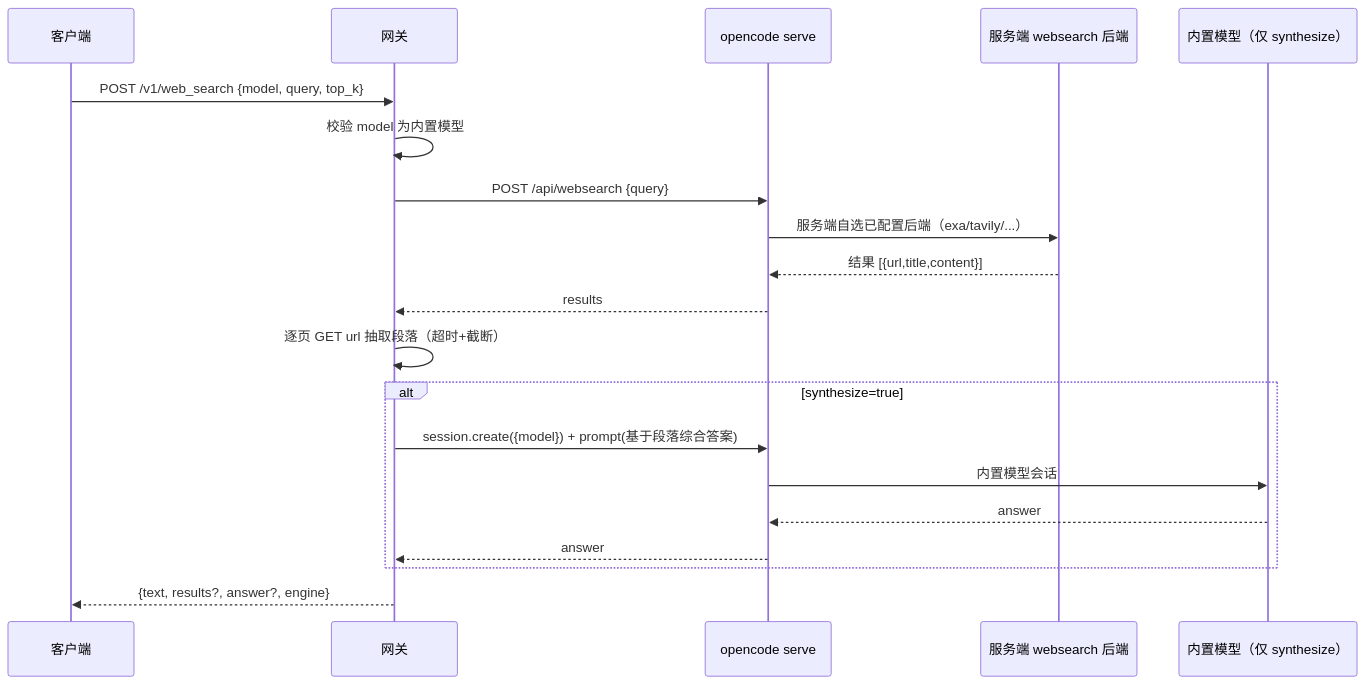
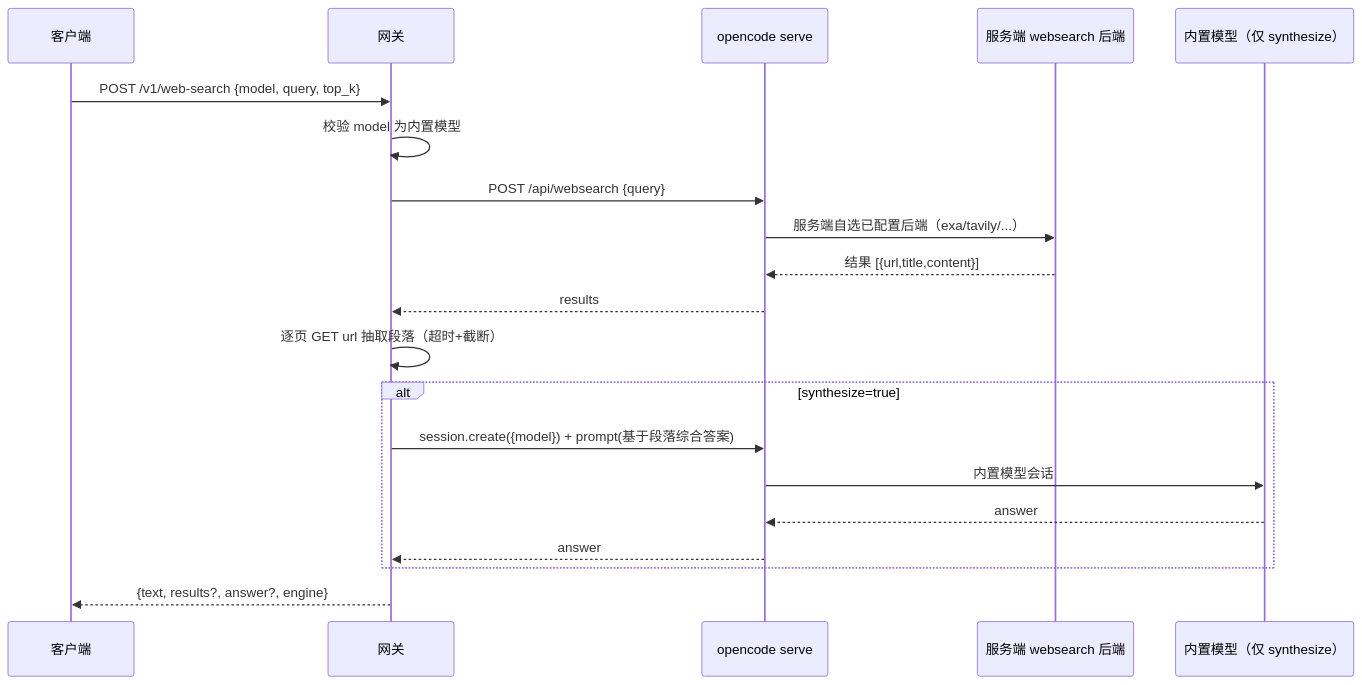
The diagram in docs/api.md (bruce1977/opencode-port), drawn with Mermaid before and after one commit. The commit also changed other lines of this file and 10 other files, not shown here.

Commit message:
docs: correct self-contained Ollama model claims, unify web-search naming (model optional)

````diff
--- a/docs/api.md
+++ b/docs/api.md
@@ -364,23 +369,23 @@
 ```mermaid
 sequenceDiagram
     participant C as 客户端
     participant G as 网关
     participant S as opencode serve
     participant W as 服务端 websearch 后端
     participant M as 内置模型（仅 synthesize）
 
-    C->>G: POST /v1/web_search {model, query, top_k}
+    C->>G: POST /v1/web-search {model, query, top_k}
     G->>G: 校验 model 为内置模型
     G->>S: POST /api/websearch {query}
     S->>W: 服务端自选已配置后端（exa/tavily/...）
     W-->>S: 结果 [{url,title,content}]
     S-->>G: results
     G->>G: 逐页 GET url 抽取段落（超时+截断）
     alt synthesize=true
         G->>S: session.create({model}) + prompt(基于段落综合答案)
         S->>M: 内置模型会话
         M-->>S: answer
         S-->>G: answer
     end
     G-->>C: {text, results?, answer?, engine}
 ```
````
